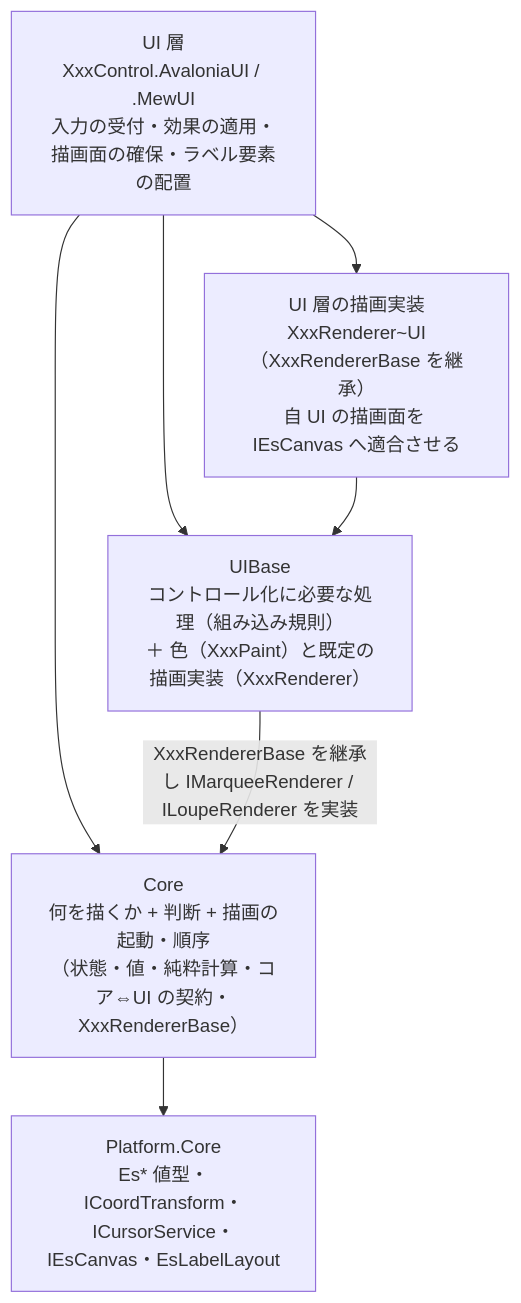
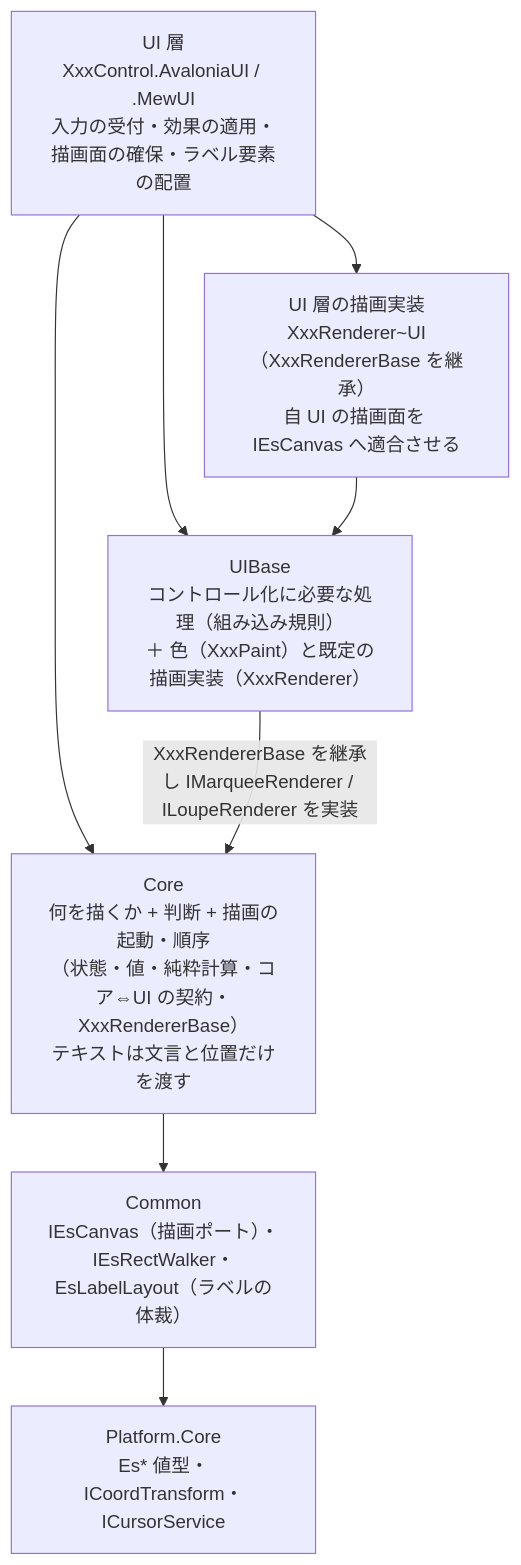
Before and after one commit to tomokuni/SaveEvidence: the second of 2 diagrams in src/README.md, drawn with Mermaid. The commit also changed other lines of this file and 100 other files, not shown here.

````diff
--- a/src/README.md
+++ b/src/README.md
@@ -29,13 +29,14 @@
 ```mermaid
 flowchart TB
     UI["UI 層<br/>XxxControl.AvaloniaUI / .MewUI<br/>入力の受付・効果の適用・描画面の確保・ラベル要素の配置"]
     UIR["UI 層の描画実装<br/>XxxRenderer~UI（XxxRendererBase を継承）<br/>自 UI の描画面を IEsCanvas へ適合させる"]
     UB["UIBase<br/>コントロール化に必要な処理（組み込み規則）<br/>＋ 色（XxxPaint）と既定の描画実装（XxxRenderer）"]
-    CORE["Core<br/>何を描くか + 判断 + 描画の起動・順序<br/>（状態・値・純粋計算・コア⇔UI の契約・XxxRendererBase）"]
+    CORE["Core<br/>何を描くか + 判断 + 描画の起動・順序<br/>（状態・値・純粋計算・コア⇔UI の契約・XxxRendererBase）<br/>テキストは文言と位置だけを渡す"]
     UI --> UIR
     UI --> UB
     UI --> CORE
     UIR --> UB
     UB -->|XxxRendererBase を継承し IMarqueeRenderer / ILoupeRenderer を実装| CORE
-    CORE --> PC["Platform.Core<br/>Es* 値型・ICoordTransform・ICursorService・IEsCanvas・EsLabelLayout"]
+    CORE --> CM["Common<br/>IEsCanvas（描画ポート）・IEsRectWalker・EsLabelLayout（ラベルの体裁）"]
+    CM --> PC["Platform.Core<br/>Es* 値型・ICoordTransform・ICursorService"]
 ```
````
